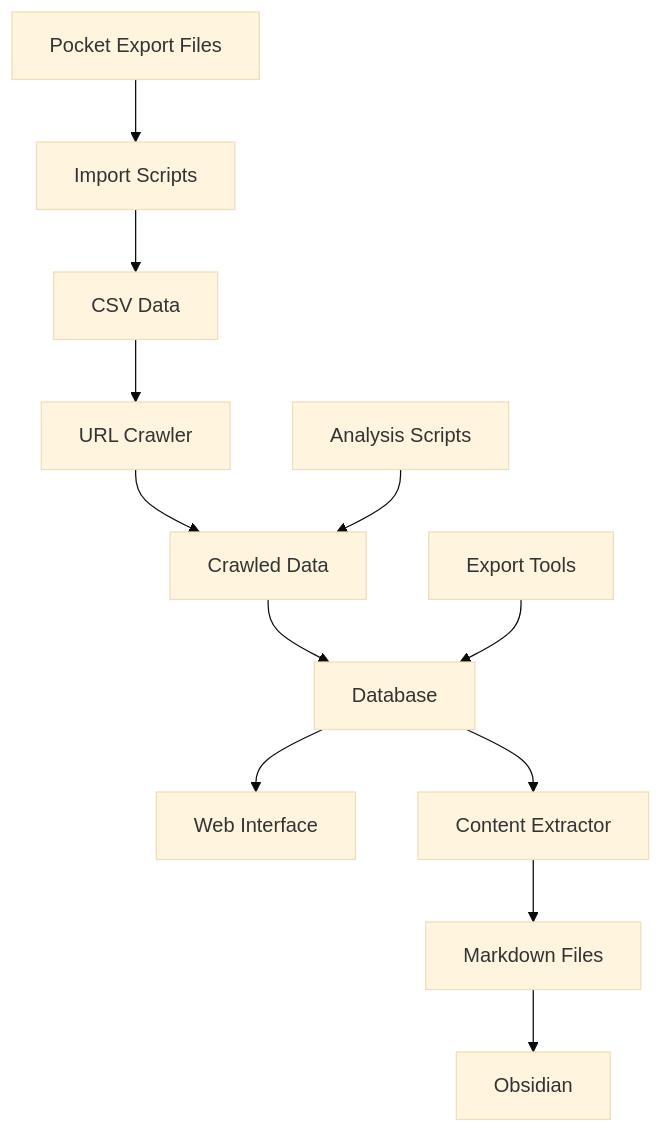
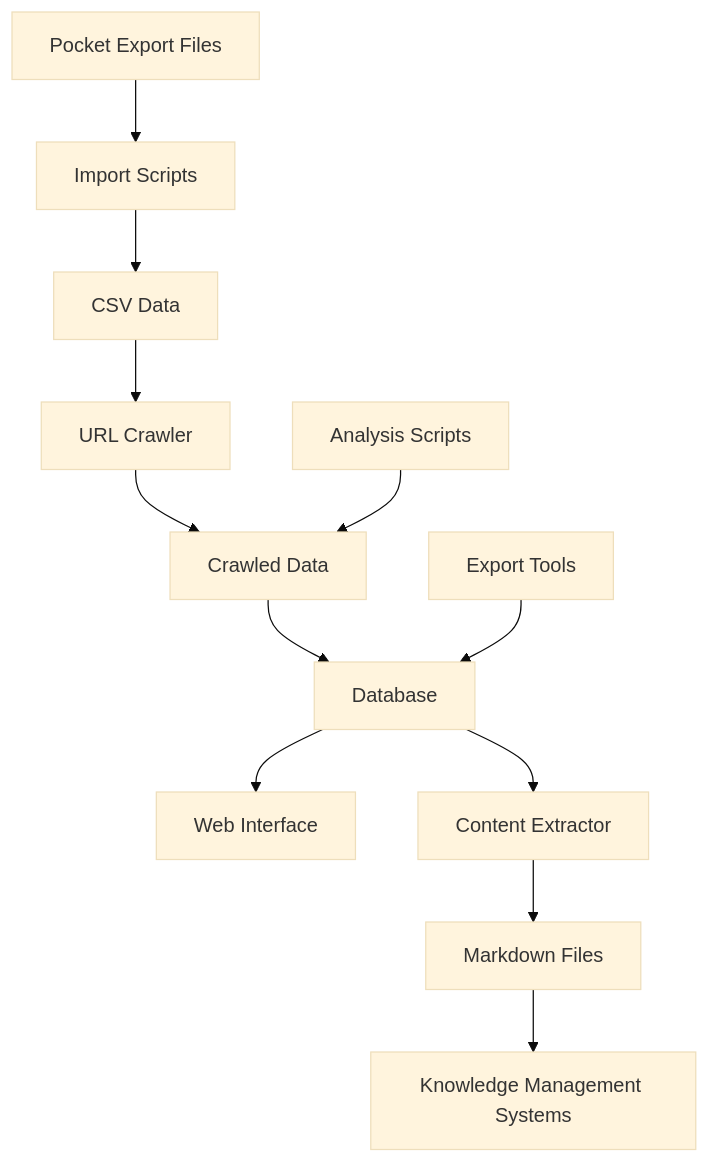
Before and after one commit to stellarpartners/pocket-link-manager: the diagram in README.md, drawn with Mermaid (base theme). The commit also changed other lines of this file, not shown here.

Commit message:
Rename project to Pocket Link Manager - broader scope beyond Obsidian

````diff
--- a/README.md
+++ b/README.md
@@ -18,15 +18,15 @@
 ```mermaid
 graph TB
     A[Pocket Export Files] --> B[Import Scripts]
     B --> C[CSV Data]
     C --> D[URL Crawler]
     D --> E[Crawled Data]
     E --> F[Database]
     F --> G[Web Interface]
     F --> H[Content Extractor]
     H --> I[Markdown Files]
-    I --> J[Obsidian]
+    I --> J[Knowledge Management Systems]
     
     K[Analysis Scripts] --> E
     L[Export Tools] --> F
 ```
````
